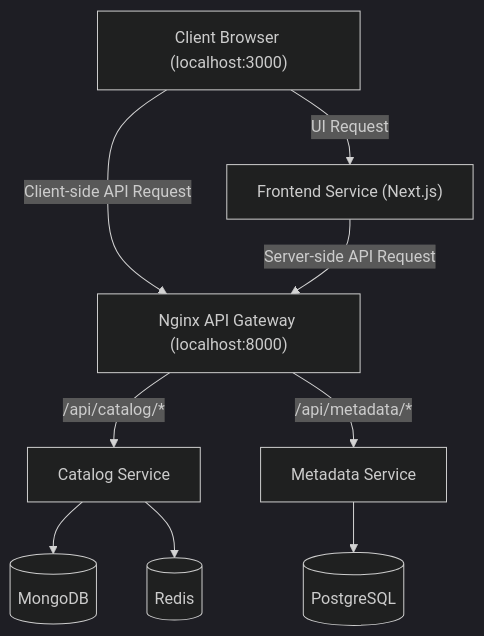
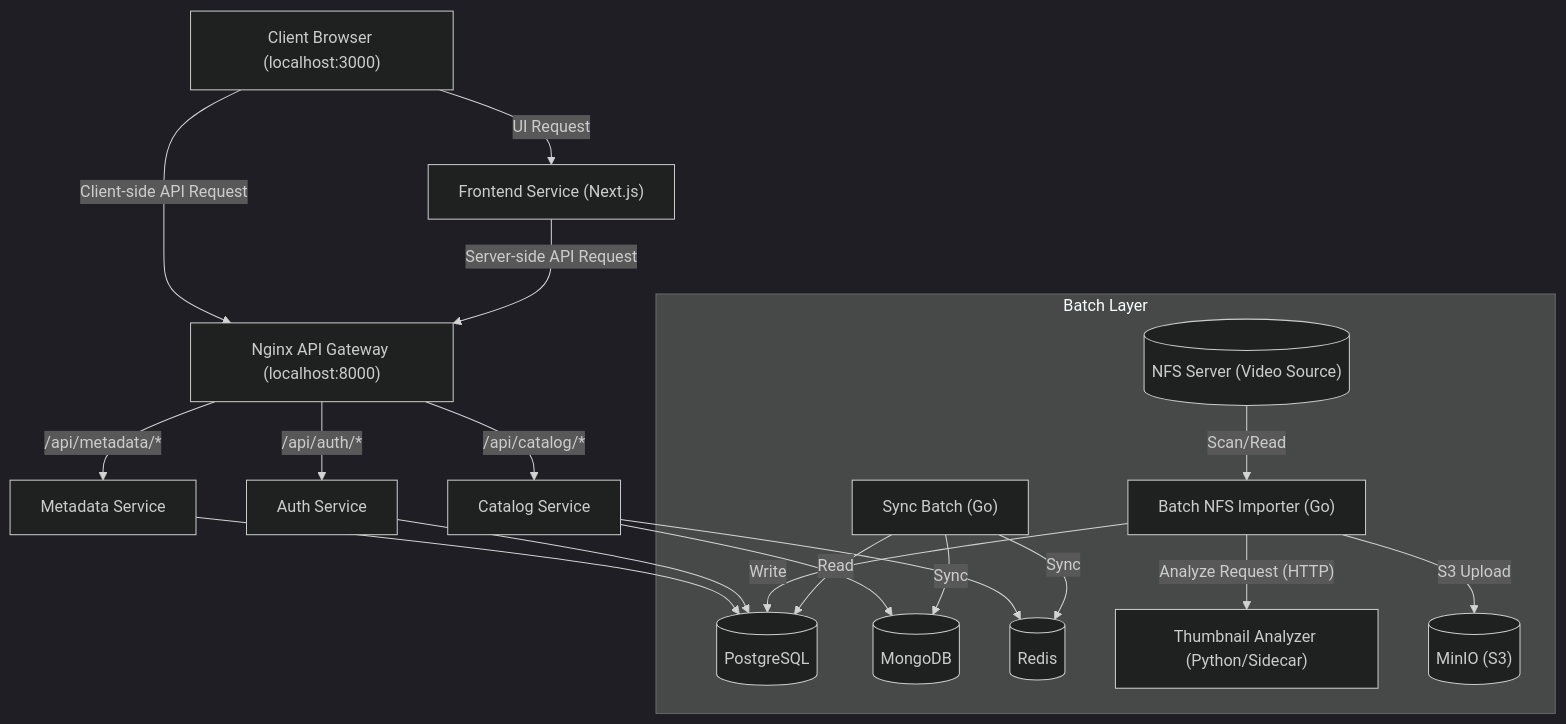
One commit to k-wa-wa/pechka changed the diagram in stream/docs/002_architecture.md. Above: the diagram before and after it, drawn with Mermaid (dark theme). The commit also changed other lines of this file and 24 other files, not shown here.

````diff
--- a/stream/docs/002_architecture.md
+++ b/stream/docs/002_architecture.md
@@ -10,22 +10,42 @@
 ```mermaid
 graph TD
     Client["Client Browser (localhost:3000)"]
     Gateway["Nginx API Gateway (localhost:8000)"]
     Frontend["Frontend Service (Next.js)"]
     Catalog["Catalog Service"]
     Metadata["Metadata Service"]
+    Auth["Auth Service"]
+    
     DB_PG[("PostgreSQL")]
     DB_Mongo[("MongoDB")]
     DB_Redis[("Redis")]
 
     Client -- UI Request --> Frontend
     Client -- Client-side API Request --> Gateway
     Frontend -- Server-side API Request --> Gateway
     
     Gateway -- /api/catalog/* --> Catalog
     Gateway -- /api/metadata/* --> Metadata
+    Gateway -- /api/auth/* --> Auth
     
     Catalog --> DB_Mongo
     Catalog --> DB_Redis
     Metadata --> DB_PG
+    Auth --> DB_PG
+
+    subgraph Batch Layer
+        NFS[("NFS Server (Video Source)")]
+        Importer["Batch NFS Importer (Go)"]
+        Analyzer["Thumbnail Analyzer (Python/Sidecar)"]
+        SyncBatch["Sync Batch (Go)"]
+        
+        NFS -- Scan/Read --> Importer
+        Importer -- Analyze Request (HTTP) --> Analyzer
+        Importer -- S3 Upload --> MinIO[("MinIO (S3)")]
+        Importer -- Write --> DB_PG
+        
+        SyncBatch -- Read --> DB_PG
+        SyncBatch -- Sync --> DB_Mongo
+        SyncBatch -- Sync --> DB_Redis
+    end
 ```
````
